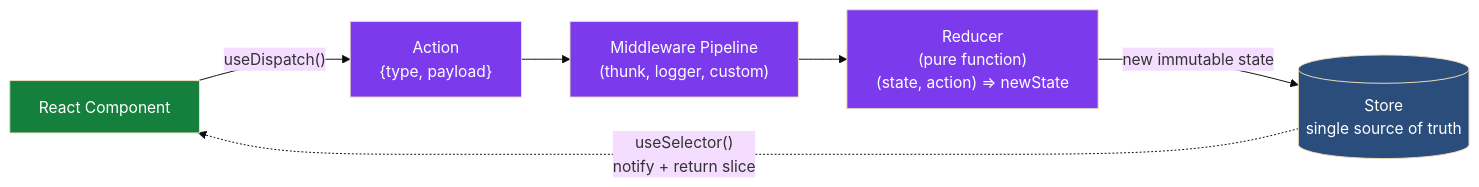
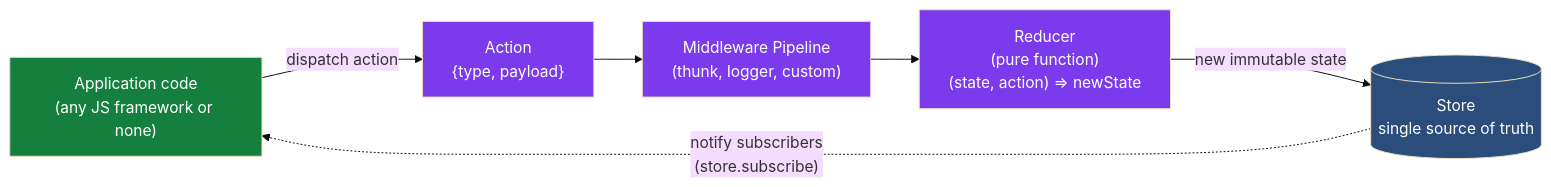
Before and after one commit to sunilmogadati/ai-fullstack-patterns: the ninth of 17 diagrams in docs/redux-toolkit.md, drawn with Mermaid (base theme). The commit also changed other lines of this file, not shown here.

First line of the commit message:
Section 7 framework-agnostic framing; rewrite Section 19 as reference projects

````diff
--- a/docs/redux-toolkit.md
+++ b/docs/redux-toolkit.md
@@ -353,15 +355,15 @@
 ```mermaid
 flowchart LR
-    Component["React Component"] -->|"useDispatch()"| Action["Action<br/>{type, payload}"]
+    App["Application code<br/>(any JS framework or none)"] -->|"dispatch action"| Action["Action<br/>{type, payload}"]
     Action --> MW["Middleware Pipeline<br/>(thunk, logger, custom)"]
     MW --> Reducer["Reducer<br/>(pure function)<br/>(state, action) =&gt; newState"]
     Reducer -->|"new immutable state"| Store[("Store<br/>single source of truth")]
-    Store -.->|"useSelector()<br/>notify + return slice"| Component
+    Store -.->|"notify subscribers<br/>(store.subscribe)"| App
 
     classDef good fill:#15803d,color:#fff
     classDef redux fill:#7c3aed,color:#fff
     classDef store fill:#2a4d7c,color:#fff
-    class Component good
+    class App good
     class Action,MW,Reducer redux
     class Store store
 ```
````
